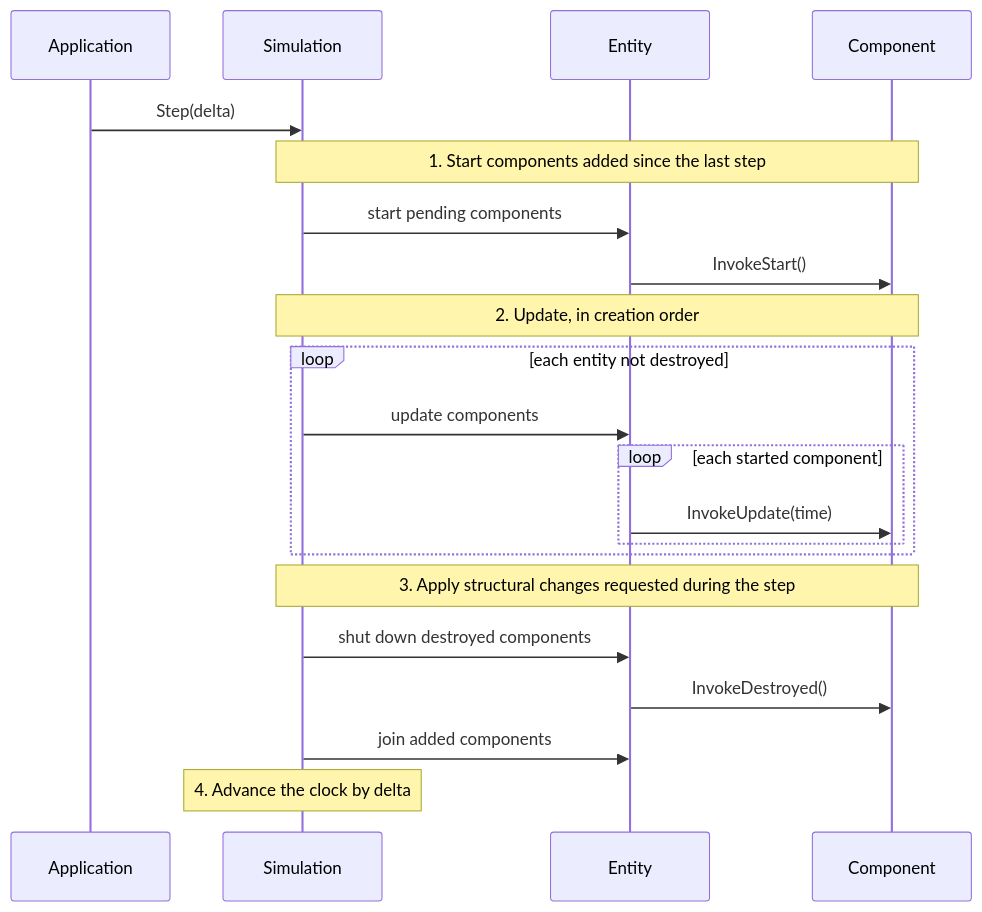
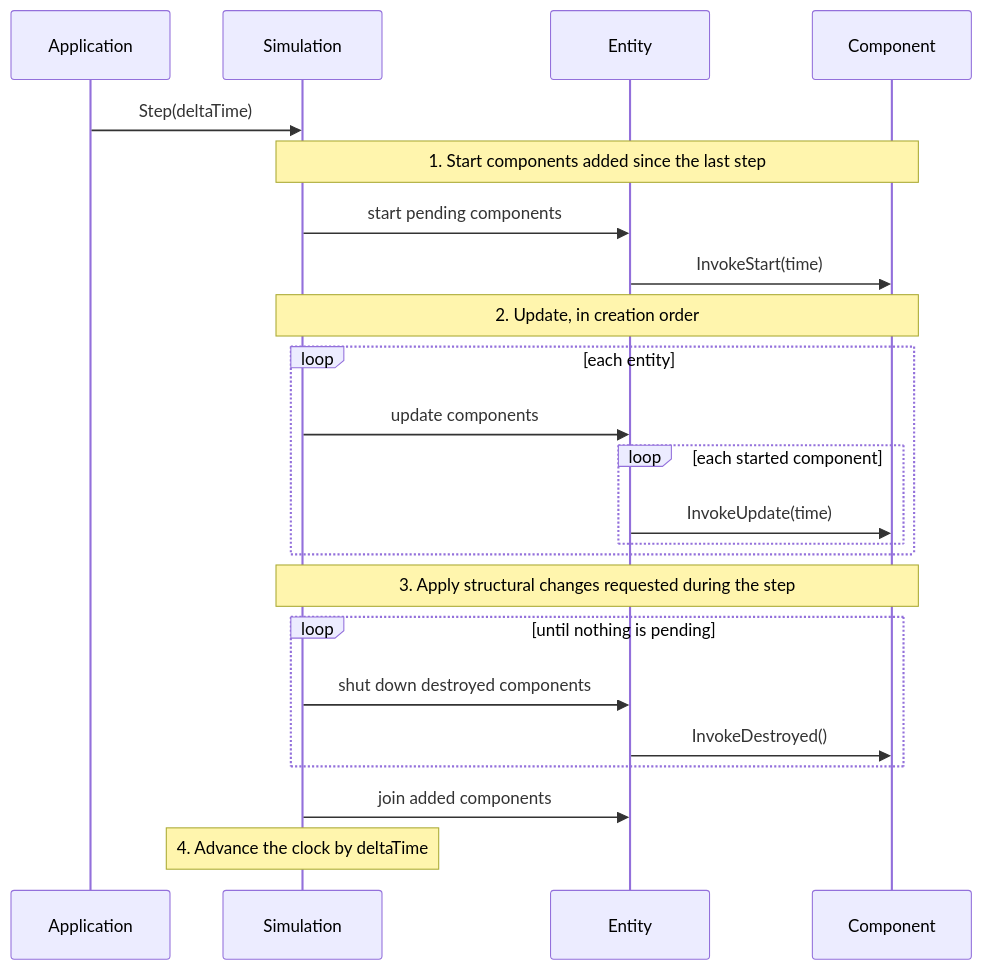
Before and after one commit to Andrew-Pollard/Invicta.Simulation: the fourth of 4 diagrams in docs/design.md, drawn with Mermaid. The commit also changed other lines of this file and 3 other files, not shown here.

````diff
--- a/docs/design.md
+++ b/docs/design.md
@@ -496,24 +522,26 @@
 ```mermaid
 sequenceDiagram
     participant App as Application
     participant Sim as Simulation
     participant E as Entity
     participant C as Component
 
-    App->>Sim: Step(delta)
+    App->>Sim: Step(deltaTime)
     Note over Sim,C: 1. Start components added since the last step
     Sim->>E: start pending components
-    E->>C: InvokeStart()
+    E->>C: InvokeStart(time)
     Note over Sim,C: 2. Update, in creation order
-    loop each entity not destroyed
+    loop each entity
         Sim->>E: update components
         loop each started component
             E->>C: InvokeUpdate(time)
         end
     end
     Note over Sim,C: 3. Apply structural changes requested during the step
-    Sim->>E: shut down destroyed components
-    E->>C: InvokeDestroyed()
+    loop until nothing is pending
+        Sim->>E: shut down destroyed components
+        E->>C: InvokeDestroyed()
+    end
     Sim->>E: join added components
-    Note over Sim: 4. Advance the clock by delta
+    Note over Sim: 4. Advance the clock by deltaTime
 ```
````
